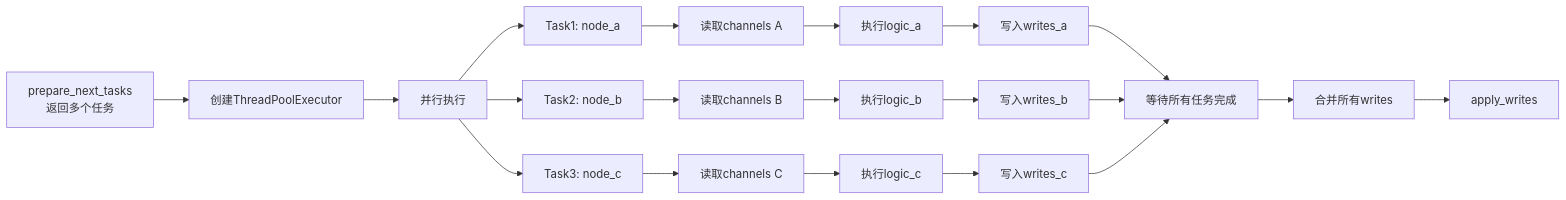
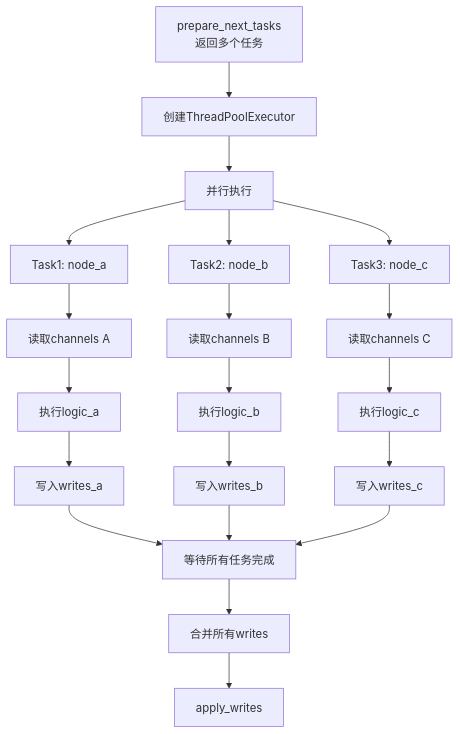
One commit to Forcandy/langgraph changed the tenth of 19 diagrams in LANGGRAPH_TECHNICAL_DOCUMENTATION.md. Above: the diagram before and after it, drawn with Mermaid. The commit also changed other lines of this file, not shown here.

Commit message:
optimize mermaid

````diff
--- a/LANGGRAPH_TECHNICAL_DOCUMENTATION.md
+++ b/LANGGRAPH_TECHNICAL_DOCUMENTATION.md
@@ -1518,28 +1518,28 @@
 ```mermaid
-flowchart LR
+flowchart TD
     A[prepare_next_tasks<br/>返回多个任务] --> B[创建ThreadPoolExecutor]
     B --> C[并行执行]
     
     C --> D[Task1: node_a]
     C --> E[Task2: node_b]
     C --> F[Task3: node_c]
     
     D --> G[读取channels A]
     E --> H[读取channels B]
     F --> I[读取channels C]
     
     G --> J[执行logic_a]
     H --> K[执行logic_b]
     I --> L[执行logic_c]
     
     J --> M[写入writes_a]
     K --> N[写入writes_b]
     L --> O[写入writes_c]
     
     M --> P[等待所有任务完成]
     N --> P
     O --> P
     
     P --> Q[合并所有writes]
     Q --> R[apply_writes]
 ```
````
